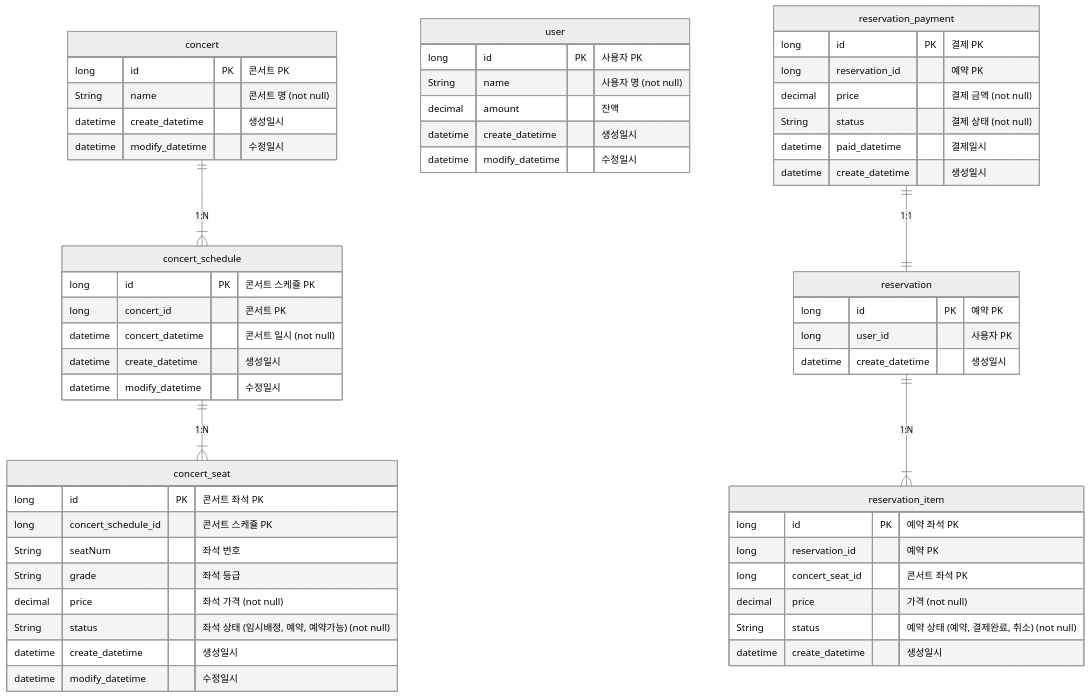
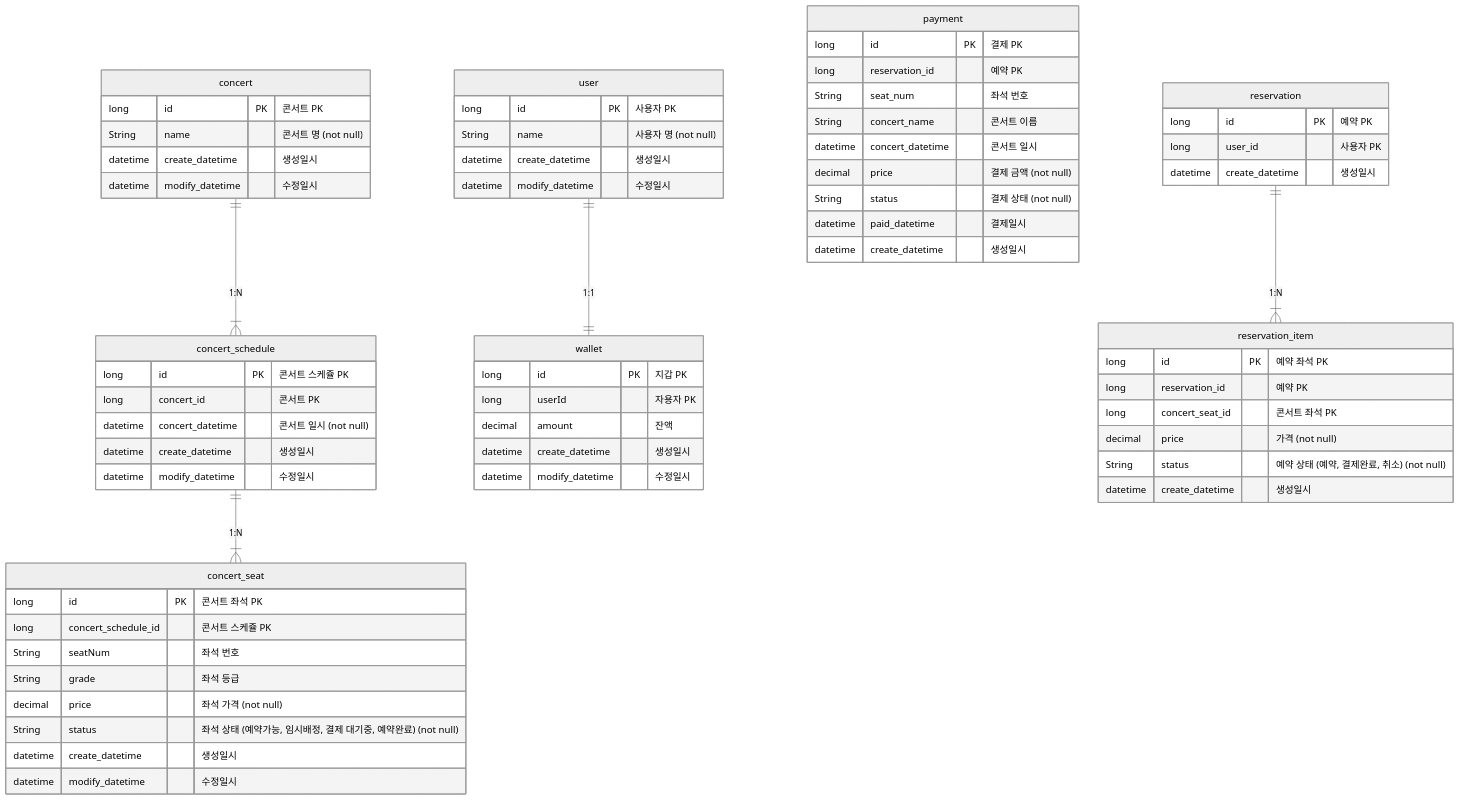
Before and after one commit to jo94kr/hhplus-03-server-construction: the first of 2 diagrams in docs/ERD.md, drawn with Mermaid (neutral theme). The commit also changed 3 other files, not shown here.

First line of the commit message:
rebase docs: 프로젝트 아키텍쳐 추가, Seq diagram 결제 API 좌석 체크 누락 수정, ERD 좌석 상태 세분화

````diff
--- a/docs/ERD.md
+++ b/docs/ERD.md
@@ -1,58 +1,71 @@
 ```mermaid
 erDiagram
     concert ||--|{ concert_schedule: "1:N"
     concert_schedule ||--|{ concert_seat: "1:N"
     concert {
         long id PK "콘서트 PK"
         String name "콘서트 명 (not null)"
         datetime create_datetime "생성일시"
         datetime modify_datetime "수정일시"
     }
     concert_schedule {
         long id PK "콘서트 스케쥴 PK"
         long concert_id "콘서트 PK"
         datetime concert_datetime "콘서트 일시 (not null)"
         datetime create_datetime "생성일시"
         datetime modify_datetime "수정일시"
     }
     concert_seat {
         long id PK "콘서트 좌석 PK"
         long concert_schedule_id "콘서트 스케쥴 PK"
         String seatNum "좌석 번호"
         String grade "좌석 등급"
         decimal price "좌석 가격 (not null)"
-        String status "좌석 상태 (임시배정, 예약, 예약가능) (not null)"
+        String status "좌석 상태 (예약가능, 임시배정, 결제 대기중, 예약완료) (not null)"
         datetime create_datetime "생성일시"
         datetime modify_datetime "수정일시"
     }
+
+    user ||--|| wallet: "1:1"
     user {
         long id PK "사용자 PK"
         String name "사용자 명 (not null)"
+        datetime create_datetime "생성일시"
+        datetime modify_datetime "수정일시"
+    }
+    wallet {
+    %% 추후 확장성을 고려하여 잔액에 관한 테이블을 분리 (ex. 포인트)
+        long id PK "지갑 PK"
+        long userId "자용자 PK"
         decimal amount "잔액"
         datetime create_datetime "생성일시"
         datetime modify_datetime "수정일시"
     }
-    reservation_payment ||--|| reservation: "1:1"
-    reservation_payment {
+    
+    payment {
         long id PK "결제 PK"
         long reservation_id "예약 PK"
+        String seat_num "좌석 번호"
+        String concert_name "콘서트 이름"
+        datetime concert_datetime "콘서트 일시"
         decimal price "결제 금액 (not null)"
         String status "결제 상태 (not null)"
         datetime paid_datetime "결제일시"
         datetime create_datetime "생성일시"
     }
+    
     reservation ||--|{ reservation_item: "1:N"
     reservation {
         long id PK "예약 PK"
         long user_id "사용자 PK"
         datetime create_datetime "생성일시"
     }
     reservation_item {
         long id PK "예약 좌석 PK"
         long reservation_id "예약 PK"
         long concert_seat_id "콘서트 좌석 PK"
         decimal price "가격 (not null)"
         String status "예약 상태 (예약, 결제완료, 취소) (not null)"
         datetime create_datetime "생성일시"
     }
 ```
````
